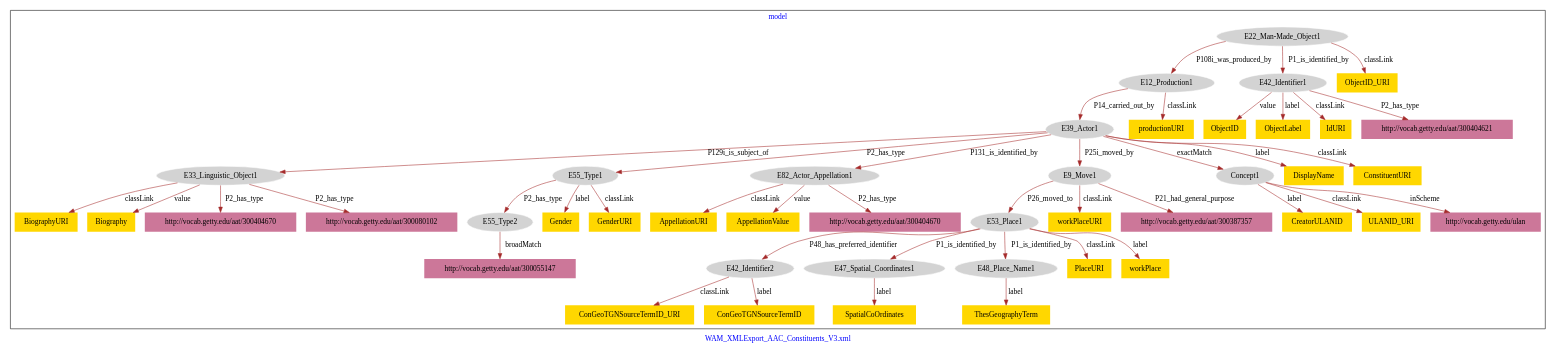
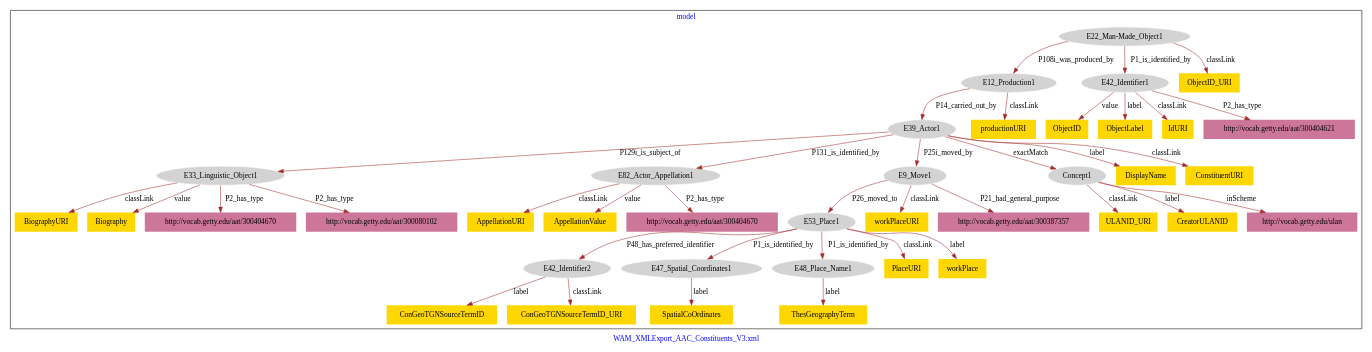
The diagram in WAM_AAC_Constituents/WAM_AAC_Constituents_Institution-model.dot (american-art/wam), drawn with Graphviz before and after one commit.

Commit message:
Update file WAM_AAC_Constituents_Institution-model.dot

```diff
--- a/WAM_AAC_Constituents/WAM_AAC_Constituents_Institution-model.dot
+++ b/WAM_AAC_Constituents/WAM_AAC_Constituents_Institution-model.dot
@@ -1,93 +1,83 @@
 digraph n0 {
 fontcolor="blue"
 remincross="true"
 label="WAM_XMLExport_AAC_Constituents_V3.xml"
 subgraph cluster {
 label="model"
 n2[style="filled",color="white",fillcolor="lightgray",label="E12_Production1"];
 n3[style="filled",color="white",fillcolor="lightgray",label="E39_Actor1"];
 n4[style="filled",color="white",fillcolor="lightgray",label="E22_Man-Made_Object1"];
 n5[style="filled",color="white",fillcolor="lightgray",label="E42_Identifier1"];
 n6[style="filled",color="white",fillcolor="lightgray",label="E33_Linguistic_Object1"];
-n7[style="filled",color="white",fillcolor="lightgray",label="E55_Type1"];
-n8[style="filled",color="white",fillcolor="lightgray",label="E82_Actor_Appellation1"];
-n9[style="filled",color="white",fillcolor="lightgray",label="E9_Move1"];
-n10[style="filled",color="white",fillcolor="lightgray",label="Concept1"];
-n11[style="filled",color="white",fillcolor="lightgray",label="E53_Place1"];
-n12[style="filled",color="white",fillcolor="lightgray",label="E42_Identifier2"];
-n13[style="filled",color="white",fillcolor="lightgray",label="E47_Spatial_Coordinates1"];
-n14[style="filled",color="white",fillcolor="lightgray",label="E48_Place_Name1"];
-n15[style="filled",color="white",fillcolor="lightgray",label="E55_Type2"];
-n16[shape="plaintext",style="filled",fillcolor="gold",label="Gender"];
-n17[shape="plaintext",style="filled",fillcolor="gold",label="GenderURI"];
-n18[shape="plaintext",style="filled",fillcolor="gold",label="ObjectID"];
-n19[shape="plaintext",style="filled",fillcolor="gold",label="BiographyURI"];
-n20[shape="plaintext",style="filled",fillcolor="gold",label="workPlaceURI"];
-n21[shape="plaintext",style="filled",fillcolor="gold",label="CreatorULANID"];
-n22[shape="plaintext",style="filled",fillcolor="gold",label="PlaceURI"];
-n23[shape="plaintext",style="filled",fillcolor="gold",label="productionURI"];
-n24[shape="plaintext",style="filled",fillcolor="gold",label="DisplayName"];
-n25[shape="plaintext",style="filled",fillcolor="gold",label="ConGeoTGNSourceTermID_URI"];
+n7[style="filled",color="white",fillcolor="lightgray",label="E82_Actor_Appellation1"];
+n8[style="filled",color="white",fillcolor="lightgray",label="E9_Move1"];
+n9[style="filled",color="white",fillcolor="lightgray",label="Concept1"];
+n10[style="filled",color="white",fillcolor="lightgray",label="E53_Place1"];
+n11[style="filled",color="white",fillcolor="lightgray",label="E42_Identifier2"];
+n12[style="filled",color="white",fillcolor="lightgray",label="E47_Spatial_Coordinates1"];
+n13[style="filled",color="white",fillcolor="lightgray",label="E48_Place_Name1"];
+n14[shape="plaintext",style="filled",fillcolor="gold",label="ULANID_URI"];
+n15[shape="plaintext",style="filled",fillcolor="gold",label="ConGeoTGNSourceTermID"];
+n16[shape="plaintext",style="filled",fillcolor="gold",label="BiographyURI"];
+n17[shape="plaintext",style="filled",fillcolor="gold",label="ObjectID"];
+n18[shape="plaintext",style="filled",fillcolor="gold",label="ConGeoTGNSourceTermID_URI"];
+n19[shape="plaintext",style="filled",fillcolor="gold",label="CreatorULANID"];
+n20[shape="plaintext",style="filled",fillcolor="gold",label="DisplayName"];
+n21[shape="plaintext",style="filled",fillcolor="gold",label="workPlaceURI"];
+n22[shape="plaintext",style="filled",fillcolor="gold",label="ThesGeographyTerm"];
+n23[shape="plaintext",style="filled",fillcolor="gold",label="ObjectID_URI"];
+n24[shape="plaintext",style="filled",fillcolor="gold",label="ConstituentURI"];
+n25[shape="plaintext",style="filled",fillcolor="gold",label="PlaceURI"];
 n26[shape="plaintext",style="filled",fillcolor="gold",label="workPlace"];
-n27[shape="plaintext",style="filled",fillcolor="gold",label="Biography"];
-n28[shape="plaintext",style="filled",fillcolor="gold",label="ULANID_URI"];
+n27[shape="plaintext",style="filled",fillcolor="gold",label="SpatialCoOrdinates"];
+n28[shape="plaintext",style="filled",fillcolor="gold",label="ObjectLabel"];
 n29[shape="plaintext",style="filled",fillcolor="gold",label="AppellationURI"];
-n30[shape="plaintext",style="filled",fillcolor="gold",label="ObjectLabel"];
-n31[shape="plaintext",style="filled",fillcolor="gold",label="IdURI"];
-n32[shape="plaintext",style="filled",fillcolor="gold",label="AppellationValue"];
-n33[shape="plaintext",style="filled",fillcolor="gold",label="ThesGeographyTerm"];
-n34[shape="plaintext",style="filled",fillcolor="gold",label="ConGeoTGNSourceTermID"];
-n35[shape="plaintext",style="filled",fillcolor="gold",label="ConstituentURI"];
-n36[shape="plaintext",style="filled",fillcolor="gold",label="SpatialCoOrdinates"];
-n37[shape="plaintext",style="filled",fillcolor="gold",label="ObjectID_URI"];
-n38[shape="plaintext",style="filled",fillcolor="#CC7799",label="http://vocab.getty.edu/aat/300387357"];
-n39[shape="plaintext",style="filled",fillcolor="#CC7799",label="http://vocab.getty.edu/aat/300404621"];
-n40[shape="plaintext",style="filled",fillcolor="#CC7799",label="http://vocab.getty.edu/ulan"];
-n41[shape="plaintext",style="filled",fillcolor="#CC7799",label="http://vocab.getty.edu/aat/300055147"];
-n42[shape="plaintext",style="filled",fillcolor="#CC7799",label="http://vocab.getty.edu/aat/300404670"];
-n43[shape="plaintext",style="filled",fillcolor="#CC7799",label="http://vocab.getty.edu/aat/300080102"];
-n44[shape="plaintext",style="filled",fillcolor="#CC7799",label="http://vocab.getty.edu/aat/300404670"];
+n30[shape="plaintext",style="filled",fillcolor="gold",label="productionURI"];
+n31[shape="plaintext",style="filled",fillcolor="gold",label="AppellationValue"];
+n32[shape="plaintext",style="filled",fillcolor="gold",label="IdURI"];
+n33[shape="plaintext",style="filled",fillcolor="gold",label="Biography"];
+n34[shape="plaintext",style="filled",fillcolor="#CC7799",label="http://vocab.getty.edu/aat/300387357"];
+n35[shape="plaintext",style="filled",fillcolor="#CC7799",label="http://vocab.getty.edu/aat/300404621"];
+n36[shape="plaintext",style="filled",fillcolor="#CC7799",label="http://vocab.getty.edu/ulan"];
+n37[shape="plaintext",style="filled",fillcolor="#CC7799",label="http://vocab.getty.edu/aat/300404670"];
+n38[shape="plaintext",style="filled",fillcolor="#CC7799",label="http://vocab.getty.edu/aat/300080102"];
+n39[shape="plaintext",style="filled",fillcolor="#CC7799",label="http://vocab.getty.edu/aat/300404670"];
 }
 n2 -> n3[color="brown",fontcolor="black",label="P14_carried_out_by"]
 n4 -> n2[color="brown",fontcolor="black",label="P108i_was_produced_by"]
 n4 -> n5[color="brown",fontcolor="black",label="P1_is_identified_by"]
 n3 -> n6[color="brown",fontcolor="black",label="P129i_is_subject_of"]
-n3 -> n7[color="brown",fontcolor="black",label="P2_has_type"]
-n3 -> n8[color="brown",fontcolor="black",label="P131_is_identified_by"]
-n3 -> n9[color="brown",fontcolor="black",label="P25i_moved_by"]
-n3 -> n10[color="brown",fontcolor="black",label="exactMatch"]
-n11 -> n12[color="brown",fontcolor="black",label="P48_has_preferred_identifier"]
-n11 -> n13[color="brown",fontcolor="black",label="P1_is_identified_by"]
-n11 -> n14[color="brown",fontcolor="black",label="P1_is_identified_by"]
-n7 -> n15[color="brown",fontcolor="black",label="P2_has_type"]
-n9 -> n11[color="brown",fontcolor="black",label="P26_moved_to"]
-n7 -> n16[color="brown",fontcolor="black",label="label"]
-n7 -> n17[color="brown",fontcolor="black",label="classLink"]
-n5 -> n18[color="brown",fontcolor="black",label="value"]
-n6 -> n19[color="brown",fontcolor="black",label="classLink"]
-n9 -> n20[color="brown",fontcolor="black",label="classLink"]
-n10 -> n21[color="brown",fontcolor="black",label="label"]
-n11 -> n22[color="brown",fontcolor="black",label="classLink"]
-n2 -> n23[color="brown",fontcolor="black",label="classLink"]
-n3 -> n24[color="brown",fontcolor="black",label="label"]
-n12 -> n25[color="brown",fontcolor="black",label="classLink"]
-n11 -> n26[color="brown",fontcolor="black",label="label"]
-n6 -> n27[color="brown",fontcolor="black",label="value"]
-n10 -> n28[color="brown",fontcolor="black",label="classLink"]
-n8 -> n29[color="brown",fontcolor="black",label="classLink"]
-n5 -> n30[color="brown",fontcolor="black",label="label"]
-n5 -> n31[color="brown",fontcolor="black",label="classLink"]
-n8 -> n32[color="brown",fontcolor="black",label="value"]
-n14 -> n33[color="brown",fontcolor="black",label="label"]
-n12 -> n34[color="brown",fontcolor="black",label="label"]
-n3 -> n35[color="brown",fontcolor="black",label="classLink"]
-n13 -> n36[color="brown",fontcolor="black",label="label"]
-n4 -> n37[color="brown",fontcolor="black",label="classLink"]
-n9 -> n38[color="brown",fontcolor="black",label="P21_had_general_purpose"]
-n5 -> n39[color="brown",fontcolor="black",label="P2_has_type"]
-n10 -> n40[color="brown",fontcolor="black",label="inScheme"]
-n15 -> n41[color="brown",fontcolor="black",label="broadMatch"]
-n6 -> n42[color="brown",fontcolor="black",label="P2_has_type"]
-n6 -> n43[color="brown",fontcolor="black",label="P2_has_type"]
-n8 -> n44[color="brown",fontcolor="black",label="P2_has_type"]
+n3 -> n7[color="brown",fontcolor="black",label="P131_is_identified_by"]
+n3 -> n8[color="brown",fontcolor="black",label="P25i_moved_by"]
+n3 -> n9[color="brown",fontcolor="black",label="exactMatch"]
+n10 -> n11[color="brown",fontcolor="black",label="P48_has_preferred_identifier"]
+n10 -> n12[color="brown",fontcolor="black",label="P1_is_identified_by"]
+n10 -> n13[color="brown",fontcolor="black",label="P1_is_identified_by"]
+n8 -> n10[color="brown",fontcolor="black",label="P26_moved_to"]
+n9 -> n14[color="brown",fontcolor="black",label="classLink"]
+n11 -> n15[color="brown",fontcolor="black",label="label"]
+n6 -> n16[color="brown",fontcolor="black",label="classLink"]
+n5 -> n17[color="brown",fontcolor="black",label="value"]
+n11 -> n18[color="brown",fontcolor="black",label="classLink"]
+n9 -> n19[color="brown",fontcolor="black",label="label"]
+n3 -> n20[color="brown",fontcolor="black",label="label"]
+n8 -> n21[color="brown",fontcolor="black",label="classLink"]
+n13 -> n22[color="brown",fontcolor="black",label="label"]
+n4 -> n23[color="brown",fontcolor="black",label="classLink"]
+n3 -> n24[color="brown",fontcolor="black",label="classLink"]
+n10 -> n25[color="brown",fontcolor="black",label="classLink"]
+n10 -> n26[color="brown",fontcolor="black",label="label"]
+n12 -> n27[color="brown",fontcolor="black",label="label"]
+n5 -> n28[color="brown",fontcolor="black",label="label"]
+n7 -> n29[color="brown",fontcolor="black",label="classLink"]
+n2 -> n30[color="brown",fontcolor="black",label="classLink"]
+n7 -> n31[color="brown",fontcolor="black",label="value"]
+n5 -> n32[color="brown",fontcolor="black",label="classLink"]
+n6 -> n33[color="brown",fontcolor="black",label="value"]
+n8 -> n34[color="brown",fontcolor="black",label="P21_had_general_purpose"]
+n5 -> n35[color="brown",fontcolor="black",label="P2_has_type"]
+n9 -> n36[color="brown",fontcolor="black",label="inScheme"]
+n6 -> n37[color="brown",fontcolor="black",label="P2_has_type"]
+n6 -> n38[color="brown",fontcolor="black",label="P2_has_type"]
+n7 -> n39[color="brown",fontcolor="black",label="P2_has_type"]
 }
```
